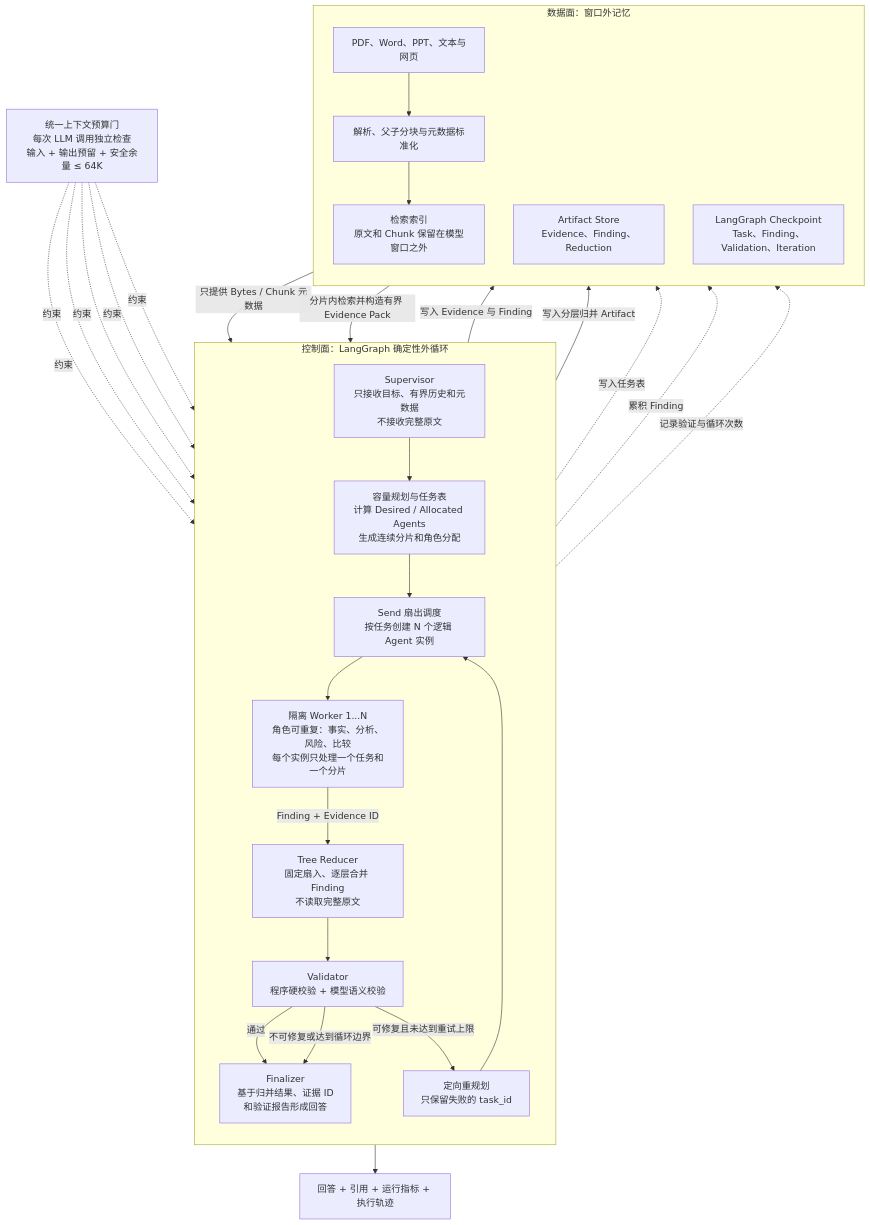
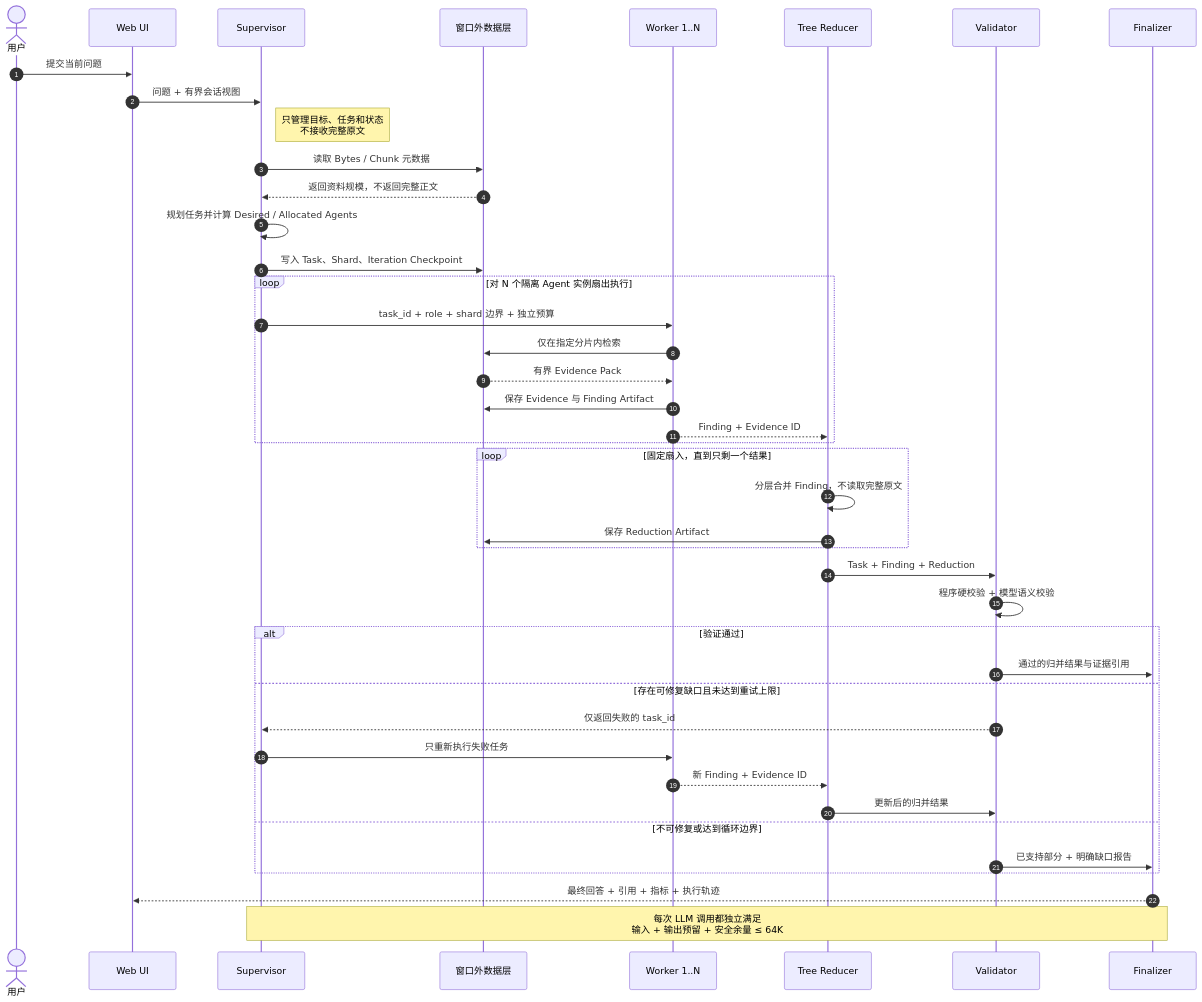
One commit to chilingche1111-blip/Muti-agent changed the second of 2 diagrams in README.md. Above: the diagram before and after it, drawn with Mermaid. The commit also changed other lines of this file, not shown here.

Commit message:
Improve README architecture diagrams

````diff
--- a/README.md
+++ b/README.md
@@ -83,49 +98,51 @@
 ```mermaid
-flowchart TB
-    subgraph C["控制面：LangGraph 确定性外循环"]
-        direction TB
-        S["Supervisor\n只接收目标、有界历史和元数据\n不接收完整原文"]
-        A["容量规划与任务表\n计算 Desired / Allocated Agents\n生成连续分片和角色分配"]
-        D["Send 扇出调度\n按任务创建 N 个逻辑 Agent 实例"]
-        W["隔离 Worker 1...N\n角色可重复：事实、分析、风险、比较\n每个实例只处理一个任务和一个分片"]
-        R["Tree Reducer\n固定扇入、逐层合并 Finding\n不读取完整原文"]
-        V["Validator\n程序硬校验 + 模型语义校验"]
-        P["定向重规划\n只保留失败的 task_id"]
-        F["Finalizer\n基于归并结果、证据 ID\n和验证报告形成回答"]
+sequenceDiagram
+    autonumber
+    actor U as 用户
+    participant UI as Web UI
+    participant S as Supervisor
+    participant X as 窗口外数据层
+    participant W as Worker 1..N
+    participant R as Tree Reducer
+    participant V as Validator
+    participant F as Finalizer
 
-        S --> A --> D --> W
-        W -->|"Finding + Evidence ID"| R
-        R --> V
-        V -->|"通过"| F
-        V -->|"可修复且未达到重试上限"| P
-        P --> D
-        V -->|"不可修复或达到循环边界"| F
+    U->>UI: 提交当前问题
+    UI->>S: 问题 + 有界会话视图
+    Note right of S: 只管理目标、任务和状态<br/>不接收完整原文
+
+    S->>X: 读取 Bytes / Chunk 元数据
+    X-->>S: 返回资料规模，不返回完整正文
+    S->>S: 规划任务并计算 Desired / Allocated Agents
+    S->>X: 写入 Task、Shard、Iteration Checkpoint
+
+    loop 对 N 个隔离 Agent 实例扇出执行
+        S->>W: task_id + role + shard 边界 + 独立预算
+        W->>X: 仅在指定分片内检索
+        X-->>W: 有界 Evidence Pack
+        W->>X: 保存 Evidence 与 Finding Artifact
+        W-->>R: Finding + Evidence ID
     end
 
-    subgraph X["数据面：窗口外记忆"]
-        direction TB
-        SRC["PDF、Word、PPT、文本与网页"]
-        PARSE["解析、父子分块与元数据标准化"]
-        IDX["检索索引\n原文和 Chunk 保留在模型窗口之外"]
-        ART["Artifact Store\nEvidence、Finding、Reduction"]
-        CP["LangGraph Checkpoint\nTask、Finding、Validation、Iteration"]
-
-        SRC --> PARSE --> IDX
+    loop 固定扇入，直到只剩一个结果
+        R->>R: 分层合并 Finding，不读取完整原文
+        R->>X: 保存 Reduction Artifact
     end
 
-    IDX -->|"只提供 Bytes / Chunk 元数据"| A
-    IDX -->|"分片内检索并构造有界 Evidence Pack"| W
-    W -->|"写入 Evidence 与 Finding"| ART
-    R -->|"写入分层归并 Artifact"| ART
-    S -. "写入任务表" .-> CP
-    W -. "累积 Finding" .-> CP
-    V -. "记录验证与循环次数" .-> CP
-    F --> OUT["回答 + 引用 + 运行指标 + 执行轨迹"]
+    R->>V: Task + Finding + Reduction
+    V->>V: 程序硬校验 + 模型语义校验
 
-    G["统一上下文预算门\n每次 LLM 调用独立检查\n输入 + 输出预留 + 安全余量 ≤ 64K"]
-    G -. "约束" .-> S
-    G -. "约束" .-> W
-    G -. "约束" .-> R
-    G -. "约束" .-> V
-    G -. "约束" .-> F
+    alt 验证通过
+        V->>F: 通过的归并结果与证据引用
+    else 存在可修复缺口且未达到重试上限
+        V-->>S: 仅返回失败的 task_id
+        S->>W: 只重新执行失败任务
+        W-->>R: 新 Finding + Evidence ID
+        R->>V: 更新后的归并结果
+    else 不可修复或达到循环边界
+        V->>F: 已支持部分 + 明确缺口报告
+    end
+
+    F-->>UI: 最终回答 + 引用 + 指标 + 执行轨迹
+    Note over S,F: 每次 LLM 调用都独立满足<br/>输入 + 输出预留 + 安全余量 ≤ 64K
 ```
````
